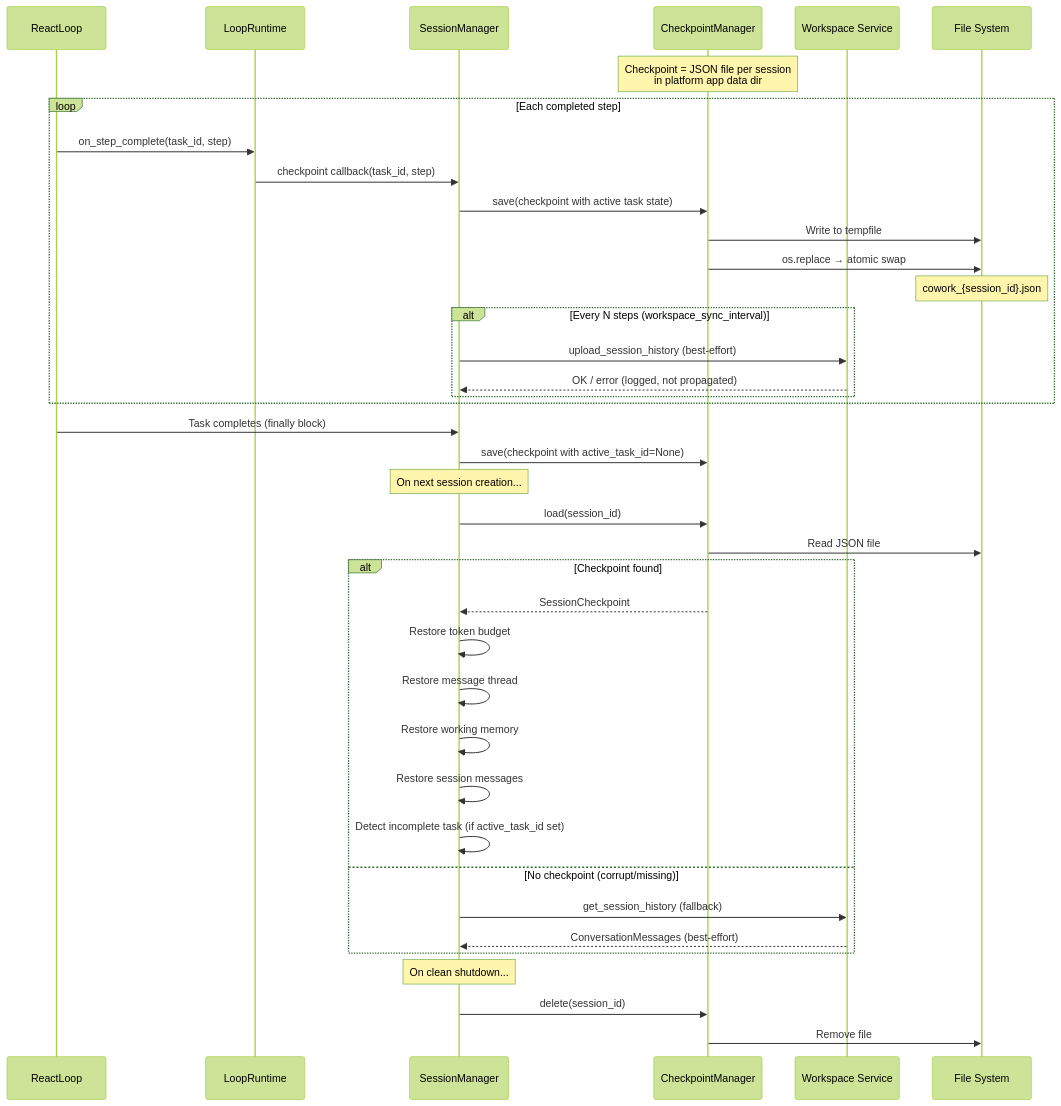
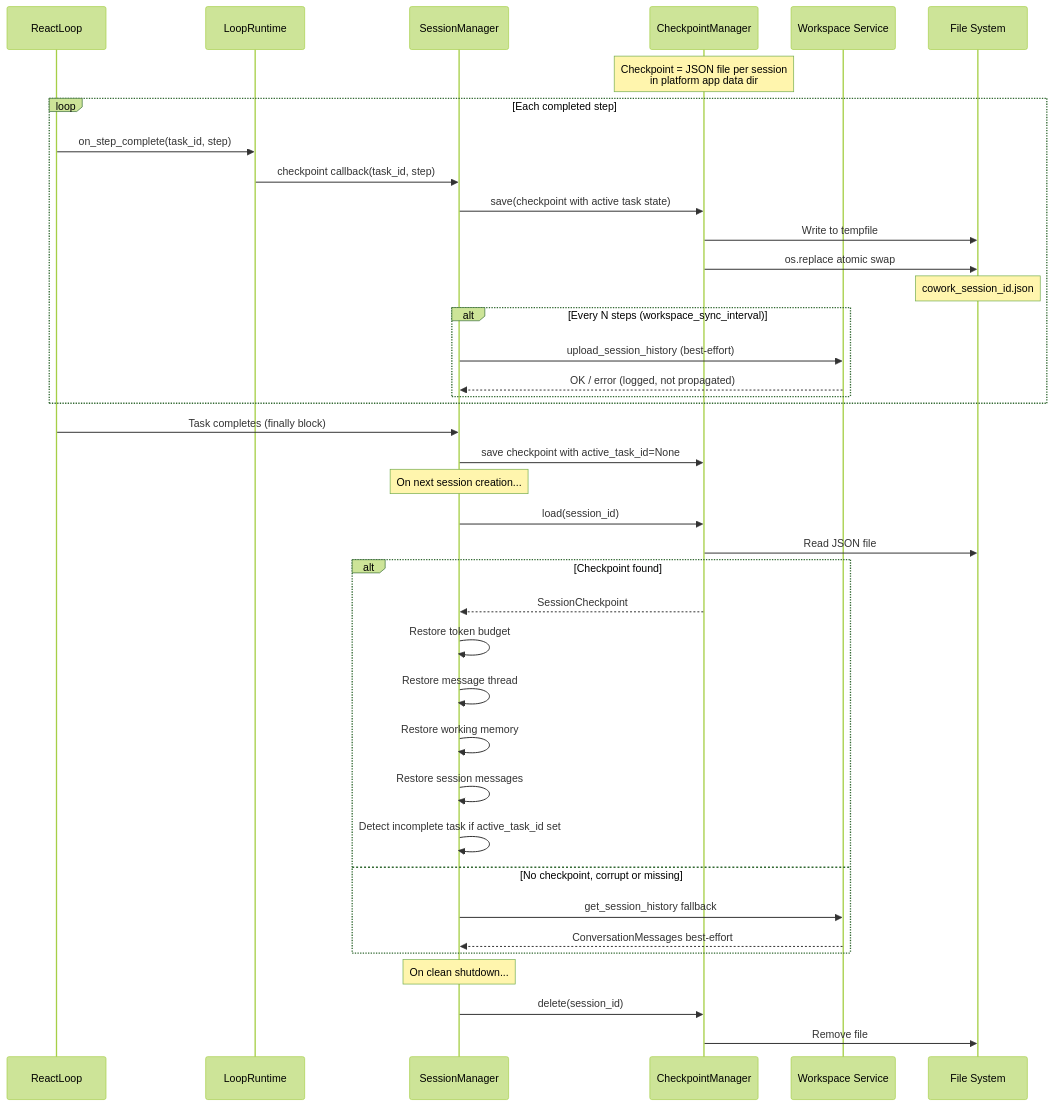
One commit to suman724/cowork-agent-runtime changed diagram 19 of 24 in docs/agent-loop-architecture.md. Above: the diagram before and after it, drawn with Mermaid (forest theme). The commit also changed other lines of this file and 112 other files, not shown here.

````diff
--- a/docs/agent-loop-architecture.md
+++ b/docs/agent-loop-architecture.md
@@ -1261,47 +1268,47 @@
 ```mermaid
 sequenceDiagram
     participant RL as ReactLoop
     participant LR as LoopRuntime
     participant SM as SessionManager
     participant CM as CheckpointManager
     participant WS as Workspace Service
     participant FS as File System
 
     Note over CM: Checkpoint = JSON file per session<br/>in platform app data dir
 
     loop Each completed step
         RL->>LR: on_step_complete(task_id, step)
         LR->>SM: checkpoint callback(task_id, step)
         SM->>CM: save(checkpoint with active task state)
         CM->>FS: Write to tempfile
-        CM->>FS: os.replace → atomic swap
-        Note over FS: cowork_{session_id}.json
+        CM->>FS: os.replace atomic swap
+        Note over FS: cowork_session_id.json
 
         alt Every N steps (workspace_sync_interval)
             SM->>WS: upload_session_history (best-effort)
             WS-->>SM: OK / error (logged, not propagated)
         end
     end
 
     RL->>SM: Task completes (finally block)
-    SM->>CM: save(checkpoint with active_task_id=None)
+    SM->>CM: save checkpoint with active_task_id=None
 
     Note over SM: On next session creation...
     SM->>CM: load(session_id)
     CM->>FS: Read JSON file
     alt Checkpoint found
         CM-->>SM: SessionCheckpoint
         SM->>SM: Restore token budget
         SM->>SM: Restore message thread
         SM->>SM: Restore working memory
         SM->>SM: Restore session messages
-        SM->>SM: Detect incomplete task (if active_task_id set)
-    else No checkpoint (corrupt/missing)
-        SM->>WS: get_session_history (fallback)
-        WS-->>SM: ConversationMessages (best-effort)
+        SM->>SM: Detect incomplete task if active_task_id set
+    else No checkpoint, corrupt or missing
+        SM->>WS: get_session_history fallback
+        WS-->>SM: ConversationMessages best-effort
     end
 
     Note over SM: On clean shutdown...
     SM->>CM: delete(session_id)
     CM->>FS: Remove file
 ```
````
